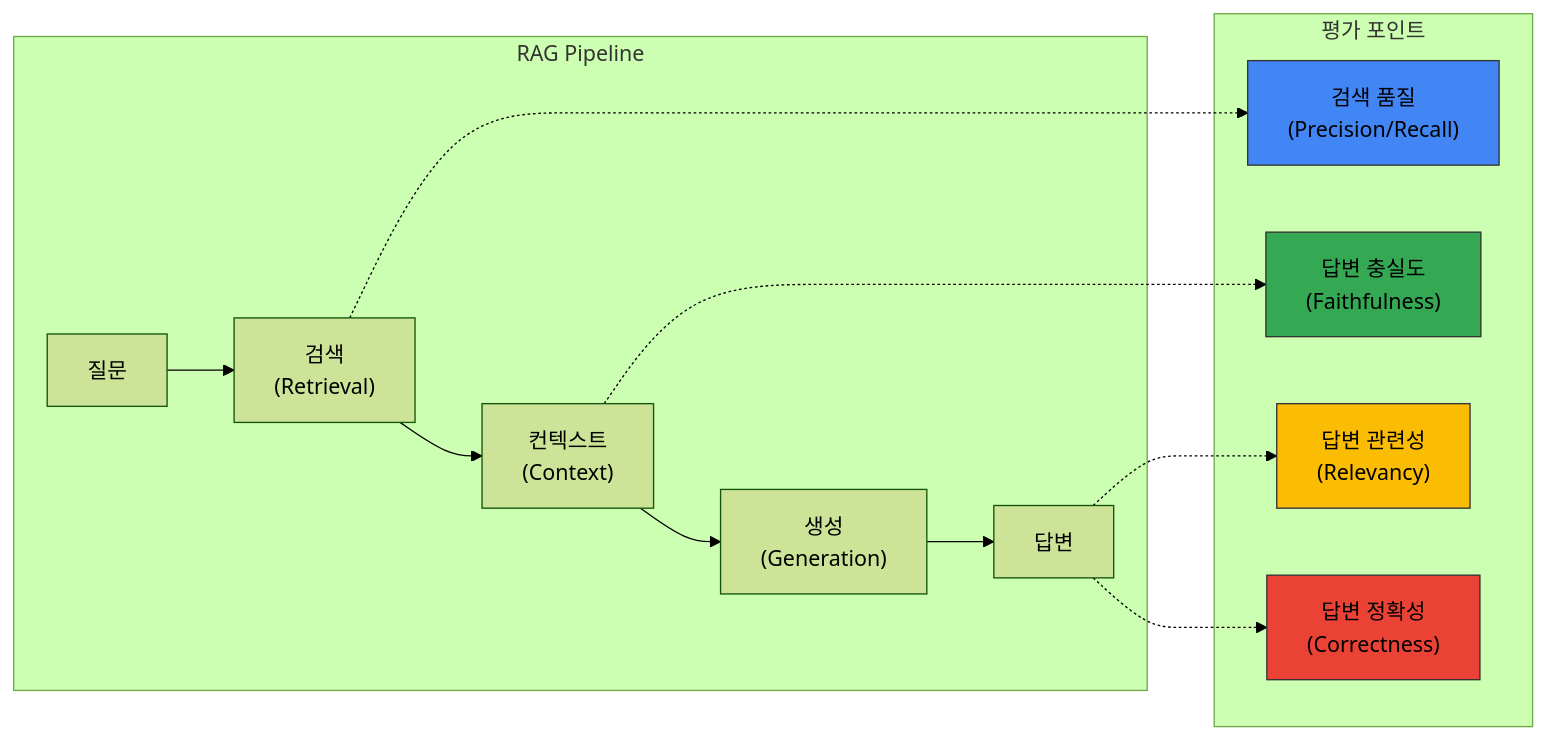
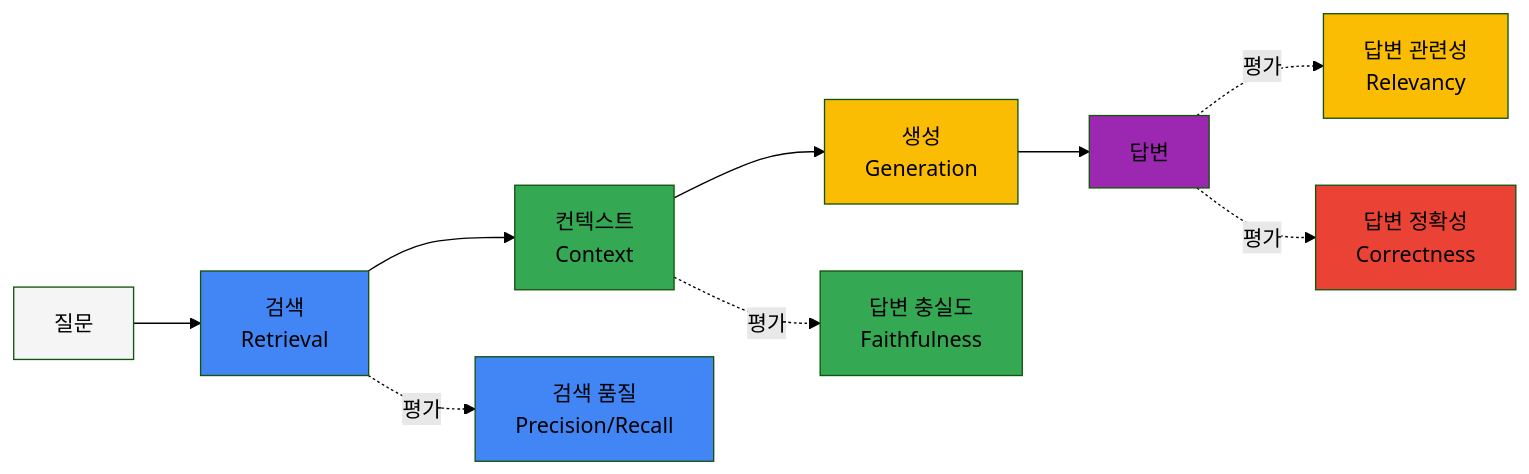
Before and after one commit to devfloor9/engineering-playbook: the first of 2 diagrams in docs/agentic-ai-platform/operations-mlops/ragas-evaluation.md, drawn with Mermaid (forest theme). The commit also changed other lines of this file and 24 other files, not shown here.

````diff
--- a/docs/agentic-ai-platform/operations-mlops/ragas-evaluation.md
+++ b/docs/agentic-ai-platform/operations-mlops/ragas-evaluation.md
@@ -27,32 +27,33 @@
 ```mermaid
-graph LR
-    subgraph "RAG Pipeline"
-        Q["질문"]
-        R["검색<br/>(Retrieval)"]
-        C["컨텍스트<br/>(Context)"]
-        G["생성<br/>(Generation)"]
-        A["답변"]
-    end
-    
-    subgraph "평가 포인트"
-        E1["검색 품질<br/>(Precision/Recall)"]
-        E2["답변 충실도<br/>(Faithfulness)"]
-        E3["답변 관련성<br/>(Relevancy)"]
-        E4["답변 정확성<br/>(Correctness)"]
-    end
-    
+flowchart LR
+    Q[질문]
+    R[검색<br/>Retrieval]
+    C[컨텍스트<br/>Context]
+    G[생성<br/>Generation]
+    A[답변]
+
+    E1[검색 품질<br/>Precision/Recall]
+    E2[답변 충실도<br/>Faithfulness]
+    E3[답변 관련성<br/>Relevancy]
+    E4[답변 정확성<br/>Correctness]
+
     Q --> R
     R --> C
     C --> G
     G --> A
-    
-    R -.-> E1
-    C -.-> E2
-    A -.-> E3
-    A -.-> E4
-    
-    style E1 fill:#4285f4,stroke:#333
-    style E2 fill:#34a853,stroke:#333
-    style E3 fill:#fbbc04,stroke:#333
-    style E4 fill:#ea4335,stroke:#333
+
+    R -.->|평가| E1
+    C -.->|평가| E2
+    A -.->|평가| E3
+    A -.->|평가| E4
+
+    style Q fill:#f5f5f5
+    style R fill:#4285f4
+    style C fill:#34a853
+    style G fill:#fbbc04
+    style A fill:#9c27b0
+    style E1 fill:#4285f4
+    style E2 fill:#34a853
+    style E3 fill:#fbbc04
+    style E4 fill:#ea4335
 ```
````
